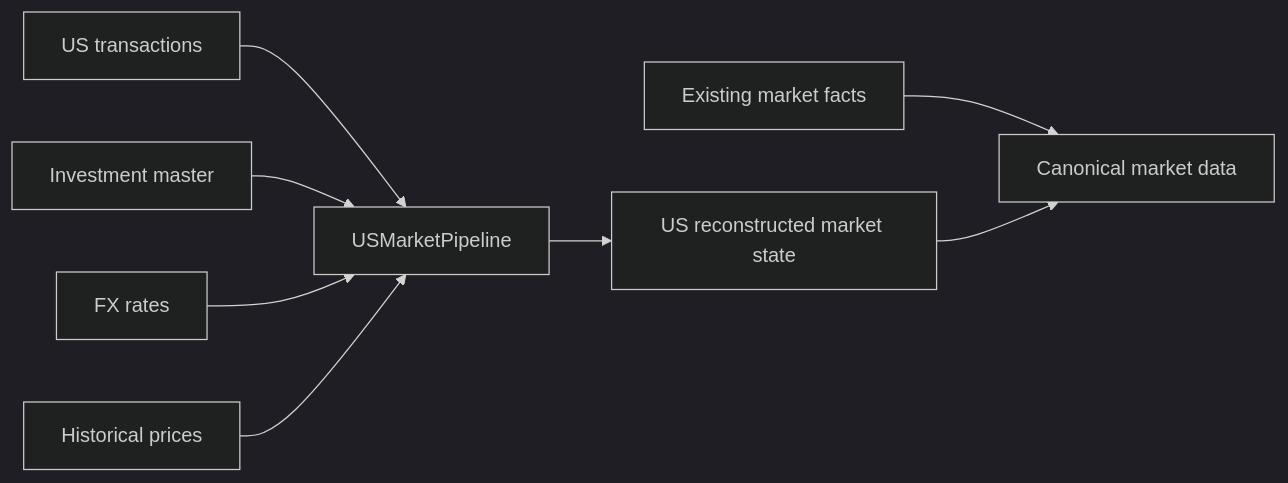
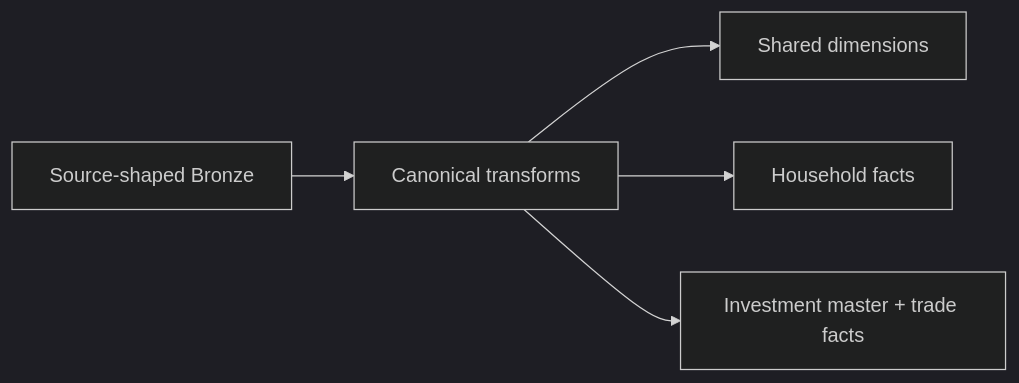
Before and after one commit to tks18/personal-finance-etl: the seventh of 11 diagrams in docs/architecture/data-lifecycle.md, drawn with Mermaid (dark theme). The commit also changed other lines of this file and 10 other files, not shown here.

Commit message:
docs: update docs/architecture for latest version

````diff
--- a/docs/architecture/data-lifecycle.md
+++ b/docs/architecture/data-lifecycle.md
@@ -319,10 +321,7 @@
 ```mermaid
 flowchart LR
-    TX[US transactions] --> U[USMarketPipeline]
-    MASTER[Investment master] --> U
-    FX[FX rates] --> U
-    PRICE[Historical prices] --> U
-    U --> USM[US reconstructed market state]
-    INDIAN[Existing market facts] --> UNION[Canonical market data]
-    USM --> UNION
+    Raw[Source-shaped Bronze] --> Canon[Canonical transforms]
+    Canon --> Dims[Shared dimensions]
+    Canon --> HH[Household facts]
+    Canon --> Inv[Investment master + trade facts]
 ```
````
